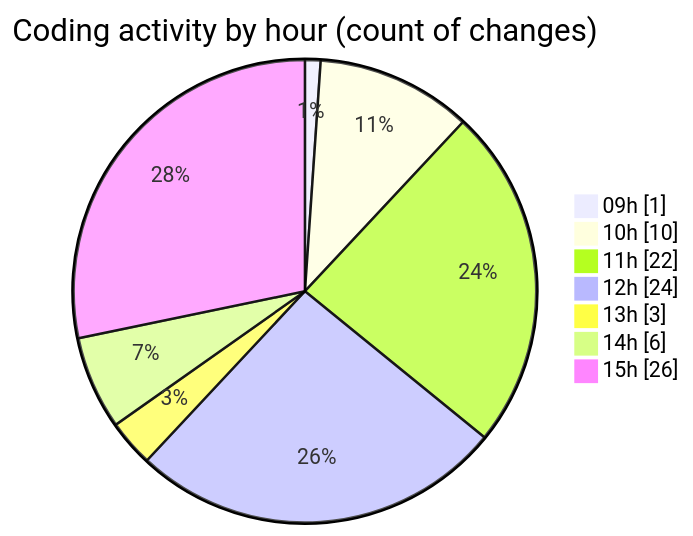
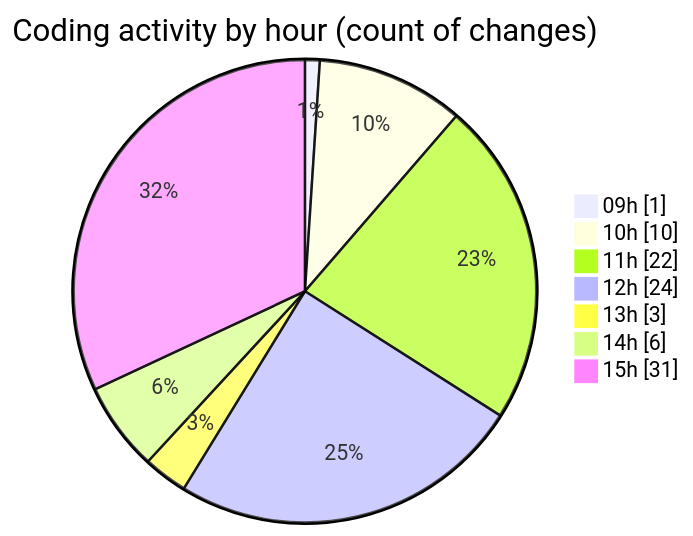
One commit to momahboobian/code-tracking changed the second of 2 diagrams in 2025-07-09/cda/README.md. Above: the diagram before and after it, drawn with Mermaid. The commit also changed other lines of this file and 1 other file, not shown here.

````diff
--- a/2025-07-09/cda/README.md
+++ b/2025-07-09/cda/README.md
@@ -50,11 +50,11 @@
 ```mermaid
 pie showData
 title Coding activity by hour (count of changes)
 "09h" : 1
 "10h" : 10
 "11h" : 22
 "12h" : 24
 "13h" : 3
 "14h" : 6
-"15h" : 26
+"15h" : 31
 ```
````
